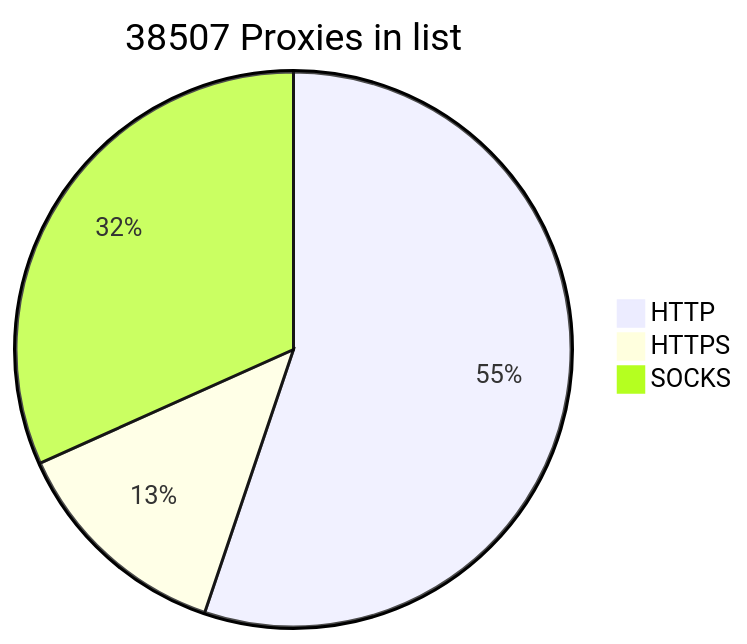
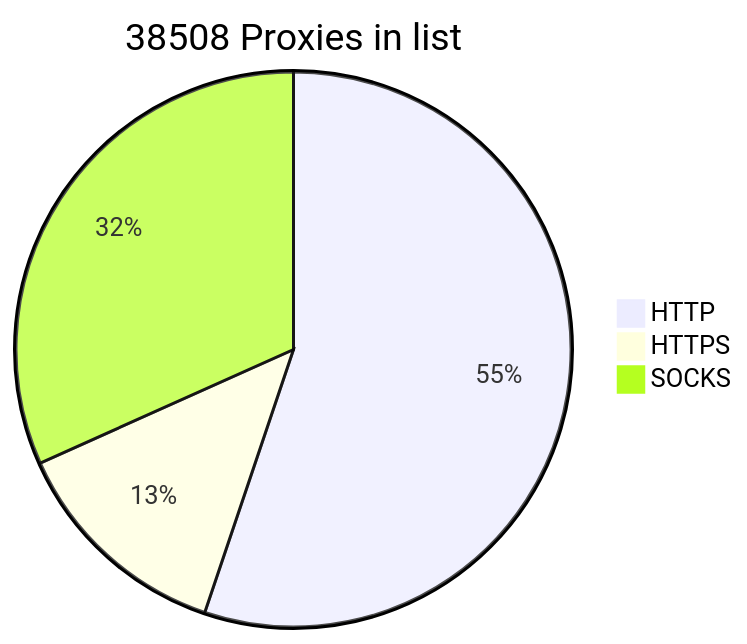
One commit to BlackSnowDot/proxylist-update-every-minute changed the diagram in README.md. Above: the diagram before and after it, drawn with Mermaid.

````diff
--- a/README.md
+++ b/README.md
@@ -2,6 +2,6 @@
 ```mermaid
-pie title 38507 Proxies in list
+pie title 38508 Proxies in list
     "HTTP" : 23596
     "HTTPS": 5606
-    "SOCKS" : 13559
+    "SOCKS" : 13560
 ```
````
